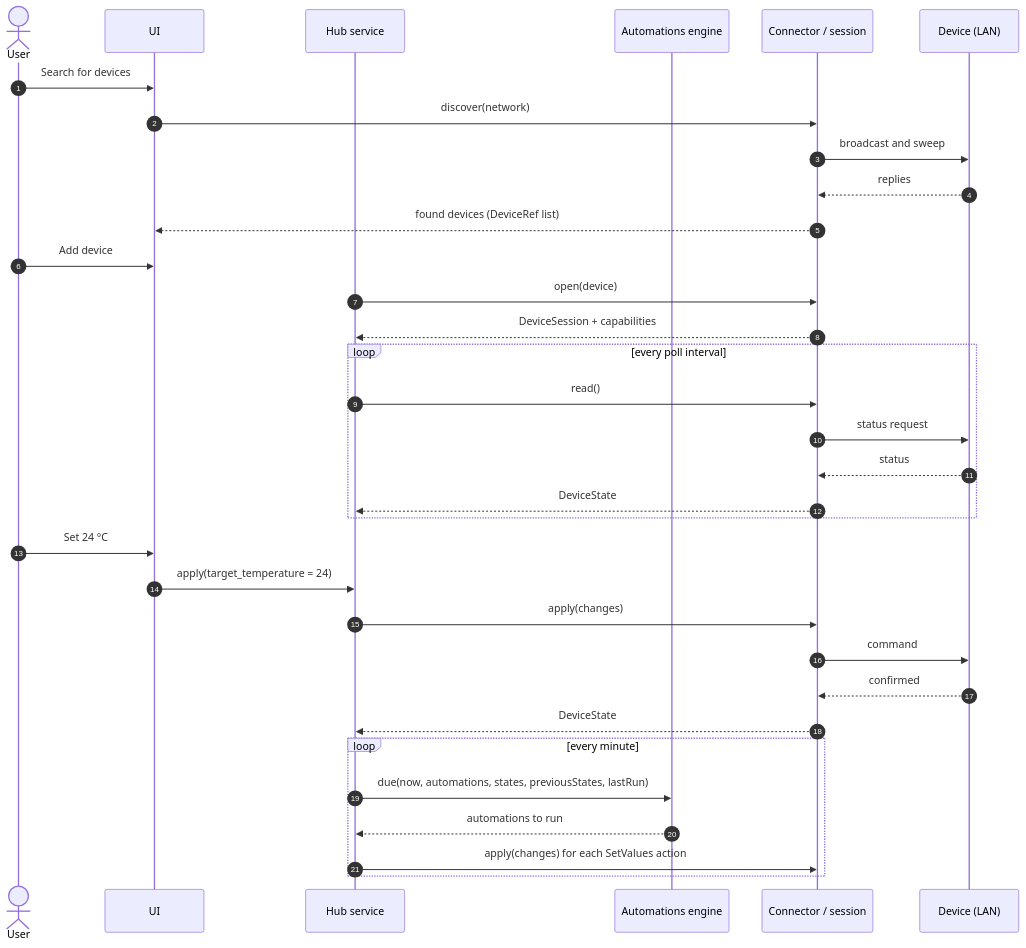
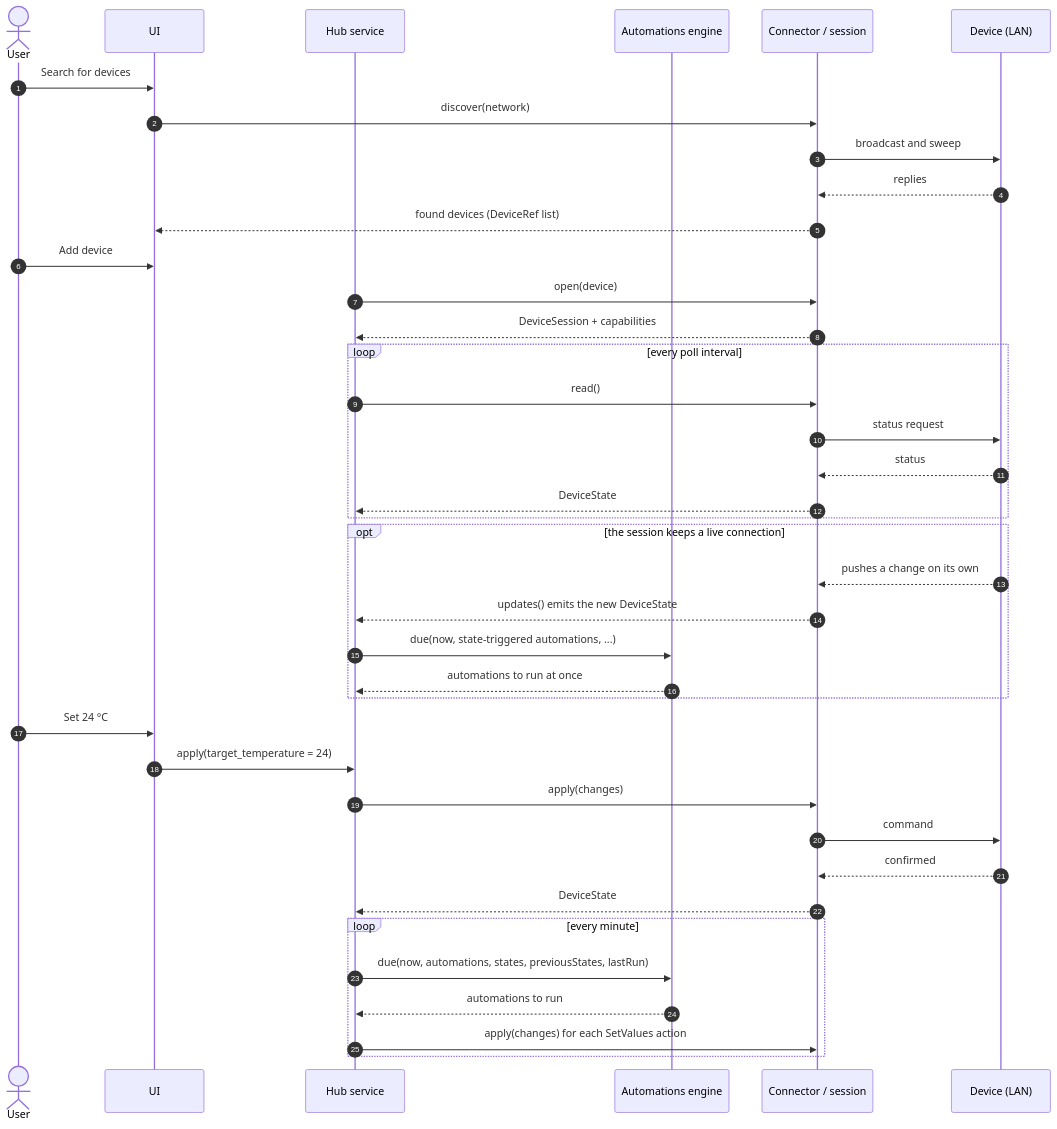
One commit to Alihkhawaher/Home-Controller changed the second of 2 diagrams in docs/architecture.md. Above: the diagram before and after it, drawn with Mermaid. The commit also changed other lines of this file and 5 other files, not shown here.

````diff
--- a/docs/architecture.md
+++ b/docs/architecture.md
@@ -189,36 +201,42 @@
 ```mermaid
 sequenceDiagram
     autonumber
     actor User
     participant UI
     participant Hub as Hub service
     participant Engine as Automations engine
     participant Conn as Connector / session
     participant Dev as Device (LAN)
 
     User->>UI: Search for devices
     UI->>Conn: discover(network)
     Conn->>Dev: broadcast and sweep
     Dev-->>Conn: replies
     Conn-->>UI: found devices (DeviceRef list)
     User->>UI: Add device
     Hub->>Conn: open(device)
     Conn-->>Hub: DeviceSession + capabilities
     loop every poll interval
         Hub->>Conn: read()
         Conn->>Dev: status request
         Dev-->>Conn: status
         Conn-->>Hub: DeviceState
     end
+    opt the session keeps a live connection
+        Dev-->>Conn: pushes a change on its own
+        Conn-->>Hub: updates() emits the new DeviceState
+        Hub->>Engine: due(now, state-triggered automations, ...)
+        Engine-->>Hub: automations to run at once
+    end
     User->>UI: Set 24 °C
     UI->>Hub: apply(target_temperature = 24)
     Hub->>Conn: apply(changes)
     Conn->>Dev: command
     Dev-->>Conn: confirmed
     Conn-->>Hub: DeviceState
     loop every minute
         Hub->>Engine: due(now, automations, states, previousStates, lastRun)
         Engine-->>Hub: automations to run
         Hub->>Conn: apply(changes) for each SetValues action
     end
 ```
````
